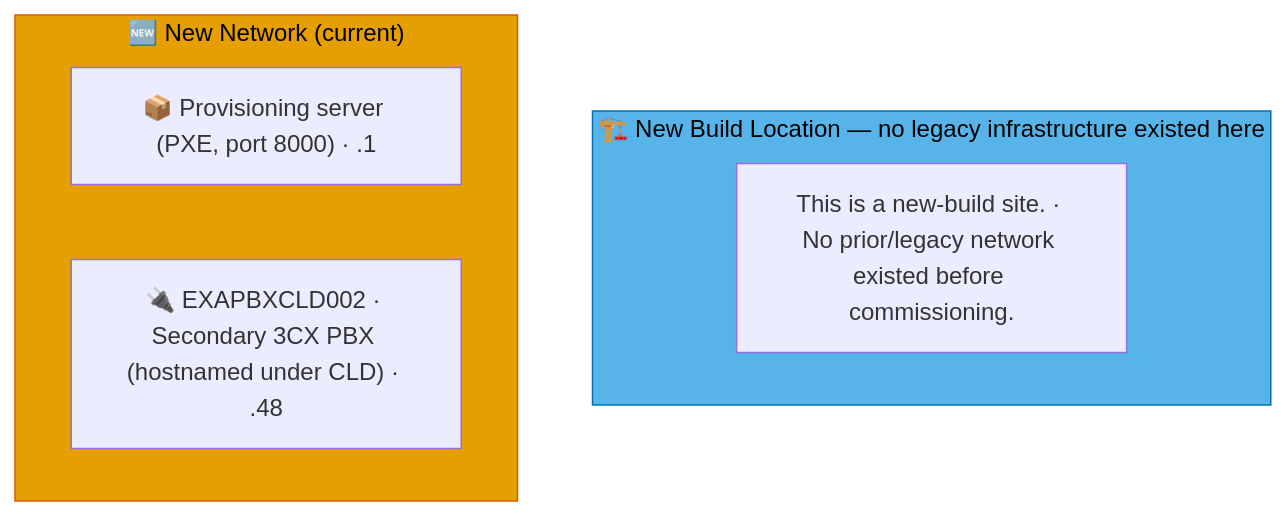
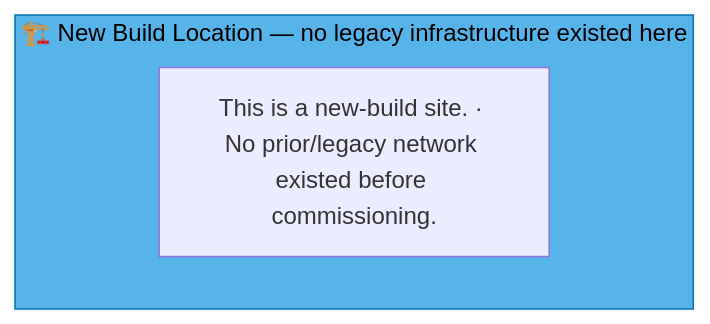
One commit to knightmare2600/example_music_infra changed the ninth of 11 diagrams in docs/network-diagram/danmark.md. Above: the diagram before and after it, drawn with Mermaid. The commit also changed other lines of this file and 31 other files, not shown here.

````diff
--- a/docs/network-diagram/danmark.md
+++ b/docs/network-diagram/danmark.md
@@ -423,14 +420,7 @@
 ```mermaid
 graph TD
     subgraph OLD_FRD ["🏗️ New Build Location — no legacy infrastructure existed here"]
       N_OLD_NOTE["This is a new-build site. · No prior/legacy network existed before commissioning."]
     end
     style OLD_FRD fill:#56B4E9,stroke:#0072B2,color:#000000
-    %% GENERATED:NEW-NETWORK:FRD:START
-    subgraph NEW_FRD ["🆕 New Network (current)"]
-      N_TMP["📦 Provisioning server (PXE, port 8000) · .1"]
-      N_PBX["🔌 EXAPBXCLD002 · Secondary 3CX PBX (hostnamed under CLD) · .48"]
-    end
-    style NEW_FRD fill:#E69F00,stroke:#D55E00,color:#000000
-    %% GENERATED:NEW-NETWORK:FRD:END
 ```
````
